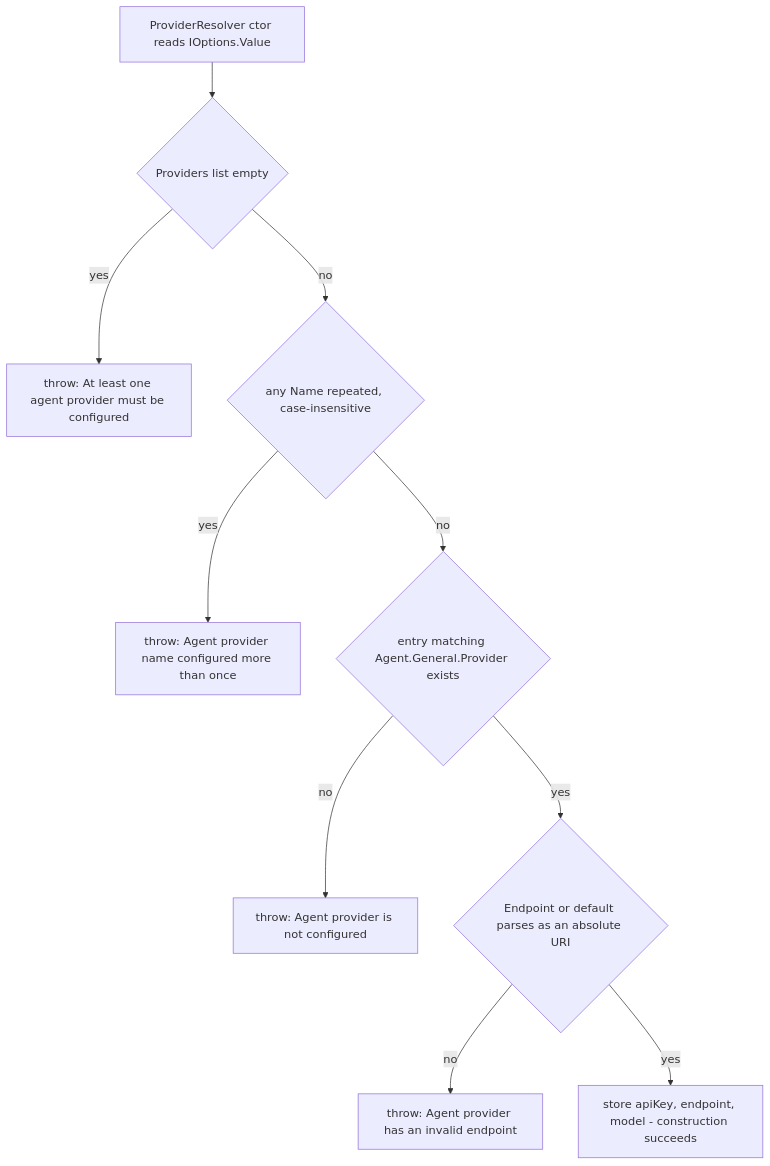
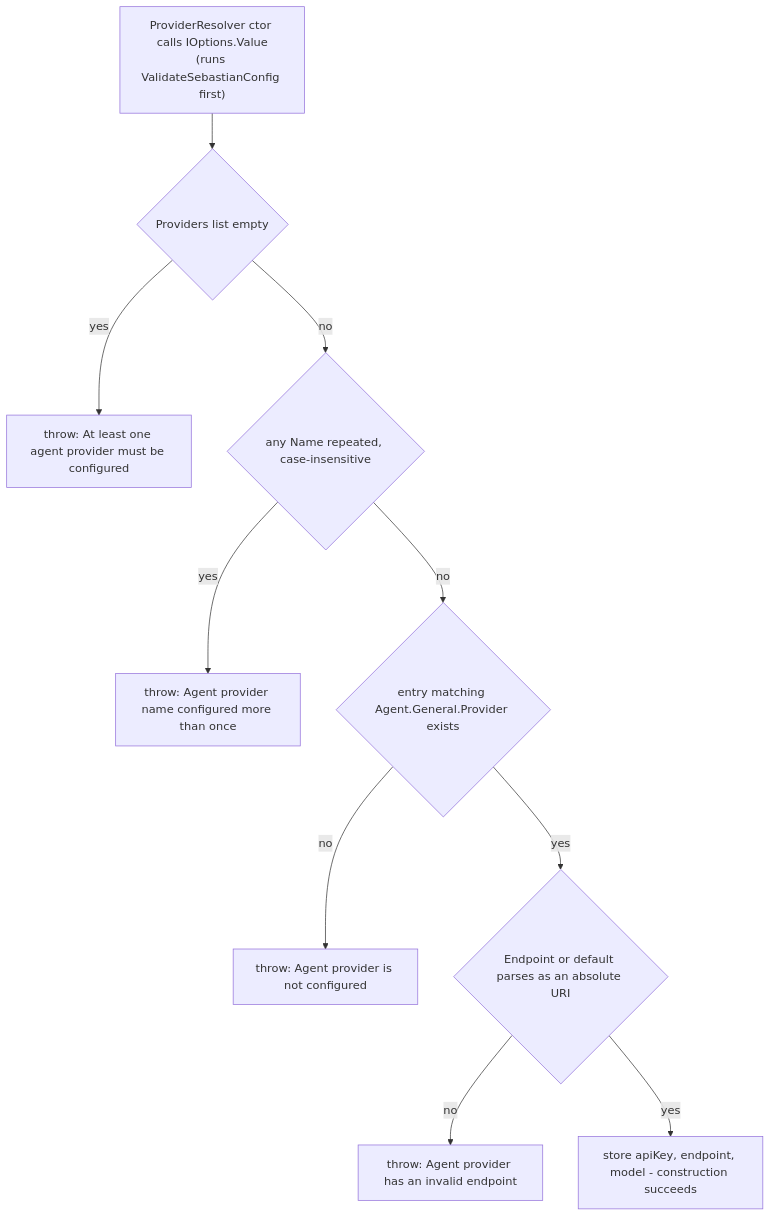
Before and after one commit to ToufiqSenpai/sebastian: the first of 2 diagrams in openwiki/concepts/model-providers.md, drawn with Mermaid. The commit also changed other lines of this file and 37 other files, not shown here.

````diff
--- a/openwiki/concepts/model-providers.md
+++ b/openwiki/concepts/model-providers.md
@@ -74,12 +113,12 @@
 ```mermaid
 flowchart TD
-    START["ProviderResolver ctor reads IOptions.Value"] --> EMPTY{"Providers list empty"}
+    START["ProviderResolver ctor calls IOptions.Value<br/>(runs ValidateSebastianConfig first)"] --> EMPTY{"Providers list empty"}
     EMPTY -->|yes| F1["throw: At least one agent provider must be configured"]
     EMPTY -->|no| DUP{"any Name repeated, case-insensitive"}
     DUP -->|yes| F2["throw: Agent provider name configured more than once"]
     DUP -->|no| SEL{"entry matching Agent.General.Provider exists"}
     SEL -->|no| F3["throw: Agent provider is not configured"]
     SEL -->|yes| URI{"Endpoint or default parses as an absolute URI"}
     URI -->|no| F4["throw: Agent provider has an invalid endpoint"]
     URI -->|yes| OK["store apiKey, endpoint, model - construction succeeds"]
 ```
````
